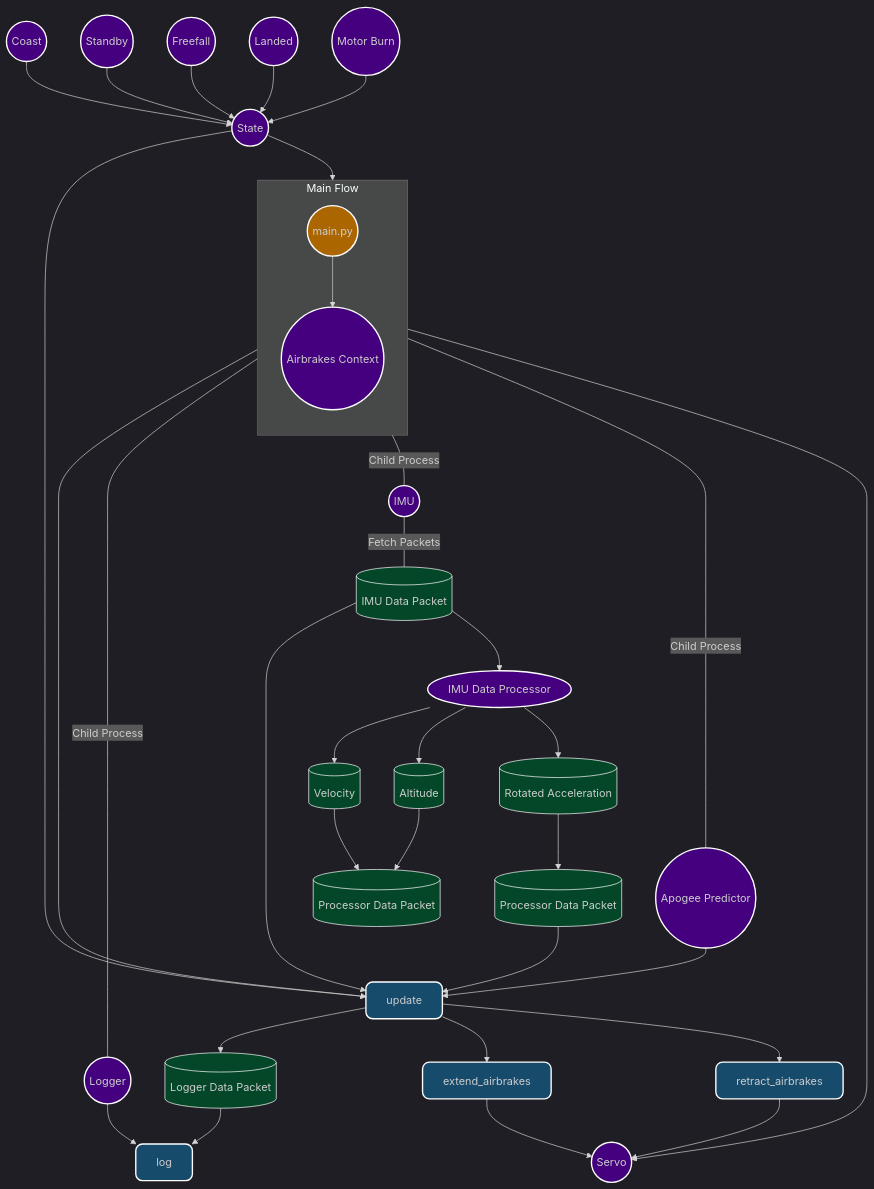
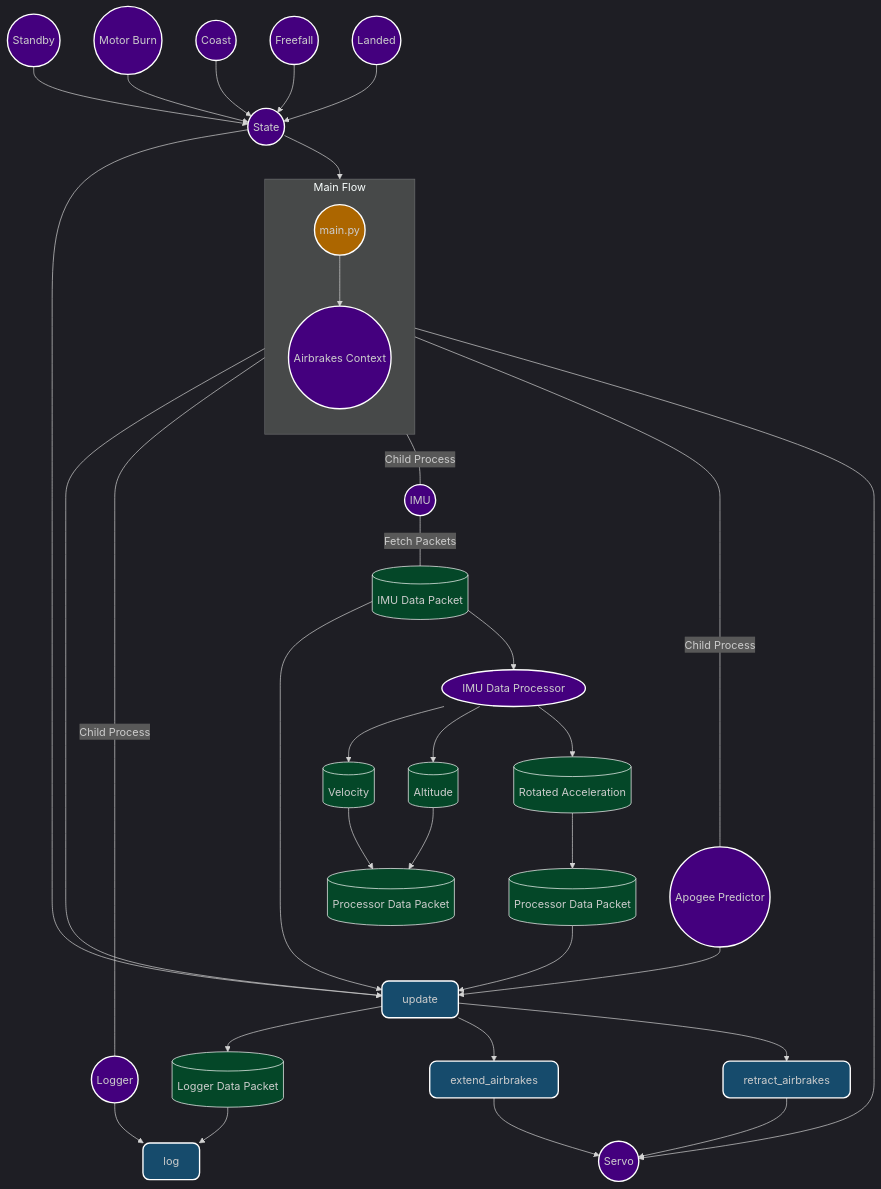
One commit to NCSU-High-Powered-Rocketry-Club/AirbrakesV2 changed the diagram in README.md. Above: the diagram before and after it, drawn with Mermaid. The commit also changed other lines of this file and 6 other files, not shown here.

````diff
--- a/README.md
+++ b/README.md
@@ -46,73 +47,74 @@
 ```mermaid
 %%{init: {'theme': 'dark'}}%%
 flowchart TD
 
     %% Define styles for different shapes
     classDef circular fill:#44007e,stroke:#fff,stroke-width:2px,rx:50%,ry:50%;  %% Ovals for classes
     classDef bubble fill:#164b6c,stroke:#fff,stroke-width:2px,rx:10px,ry:10px; %% Bubbles for methods
     classDef outputSquare fill:#044728,stroke:#fff,stroke-width:2px; %% Squares for outputs
     classDef textStyle fill:none,color:#fff,font-weight:bold,font-size:16px; %% Text style for bold white text
     classDef mainColor fill:#ac6600,stroke:#fff,stroke-width:2px,rx:50%,ry:50%; %% Color for main.py
 
     %% Main structure with main.py at the top
     subgraph mainFlow[Main Flow]
       direction TB
       mainpy((main.py)):::mainColor --> Airbrakes((Airbrakes Context)):::circular
      
     end
     Airbrakes --> Update[update]:::bubble
     %% IMU Data Packet Flow
     IMUDataPacket --> Update
     Apogee_Predictor --> Update
     
     %% States as individual nodes
     State((State)):::circular
+    Standbystate((Standby)):::circular
+    MotorBurnState((Motor Burn)):::circular
     CoastState((Coast)):::circular
-    Standbystate((Standby)):::circular
     FreefallState((Freefall)):::circular
     LandedState((Landed)):::circular
-    MotorBurnState((Motor Burn)):::circular
+    
 
     %% Connections between States and Airbrakes
     State((State)):::circular --> Airbrakes:::circular
     State --> Update
     
+    Standbystate((Standby)):::circular --> State
+    MotorBurnState((Motor Burn)):::circular --> State
     CoastState((Coast)):::circular --> State
-    Standbystate((Standby)):::circular --> State
     FreefallState((Freefall)):::circular --> State
     LandedState((Landed)):::circular --> State
-    MotorBurnState((Motor Burn)):::circular --> State
     
     %% Connections with Labels
     Airbrakes ---|Child Process| Logger((Logger)):::circular
     Airbrakes ---|Child Process| IMU((IMU)):::circular
     Airbrakes ---|Child Process| Apogee_Predictor((Apogee Predictor)):::circular
     IMU((IMU)):::circular ---|Fetch Packets| IMUDataPacket[(IMU Data Packet)]:::outputSquare
 
     %% IMU Data Processing
     IMUDataPacket --> IMUDataProcessor[IMU Data Processor]:::circular
     IMUDataProcessor --> Velocity[(Velocity)]:::outputSquare
     IMUDataProcessor --> Altitude[(Altitude)]:::outputSquare
     IMUDataProcessor --> Rotated_Accel[(Rotated Acceleration)]:::outputSquare
     
     Velocity -->  ProcessedData[(Processor Data Packet)]:::outputSquare
     Altitude -->  ProcessedData[(Processor Data Packet)]:::outputSquare
     Rotated_Accel -->  ProcessorData[(Processor Data Packet)]:::outputSquare
     
     ProcessorData[(Processor Data Packet)]:::outputSquare --> Update
 
     %% Logging Mechanism
     Logger --> LogFunction[log]:::bubble
     Update --> LogData[(Logger Data Packet)]:::outputSquare
     LogData --> LogFunction
 
     %% Airbrake Control Methods with Parentheses Displayed
     Update --> ExtendAirbrakes[extend_airbrakes]:::bubble
     Update --> RetractAirbrakes[retract_airbrakes]:::bubble
 
     %% Servo Connections
     RetractAirbrakes --> Servo((Servo)):::circular 
     ExtendAirbrakes --> Servo
     Airbrakes --> Servo
 
 ```
````
